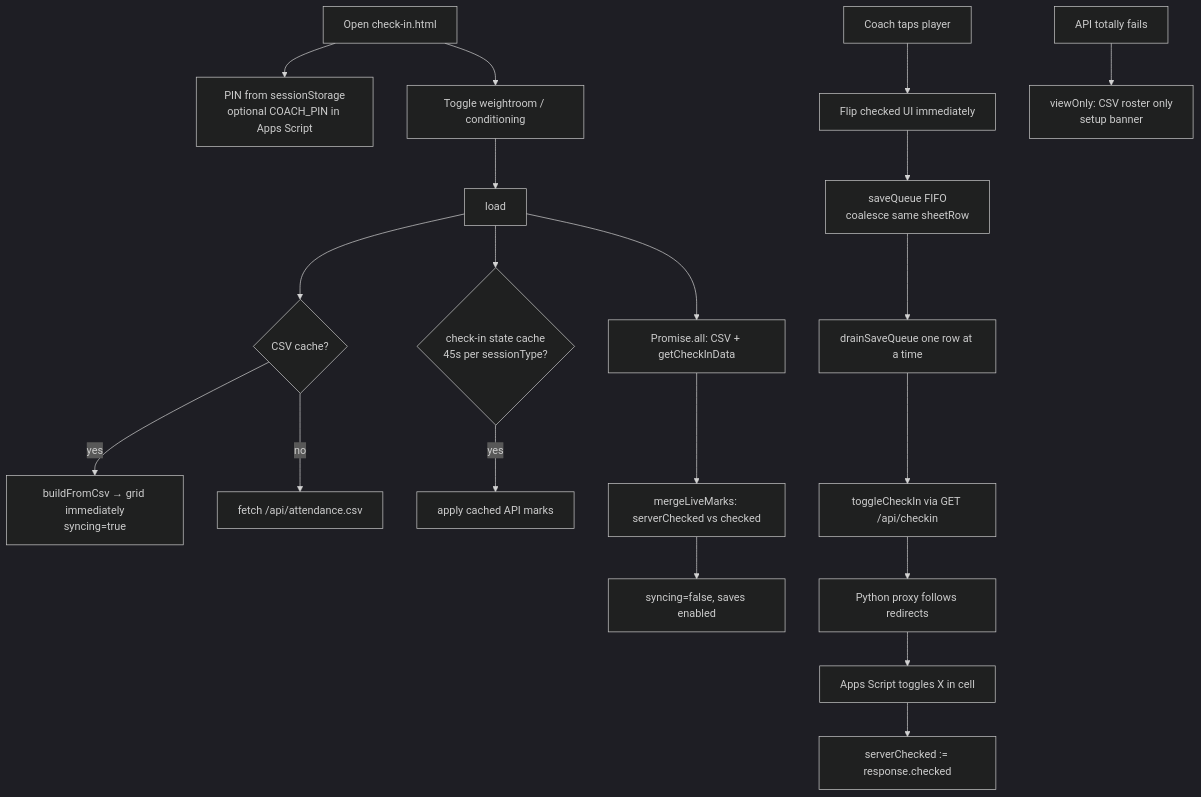
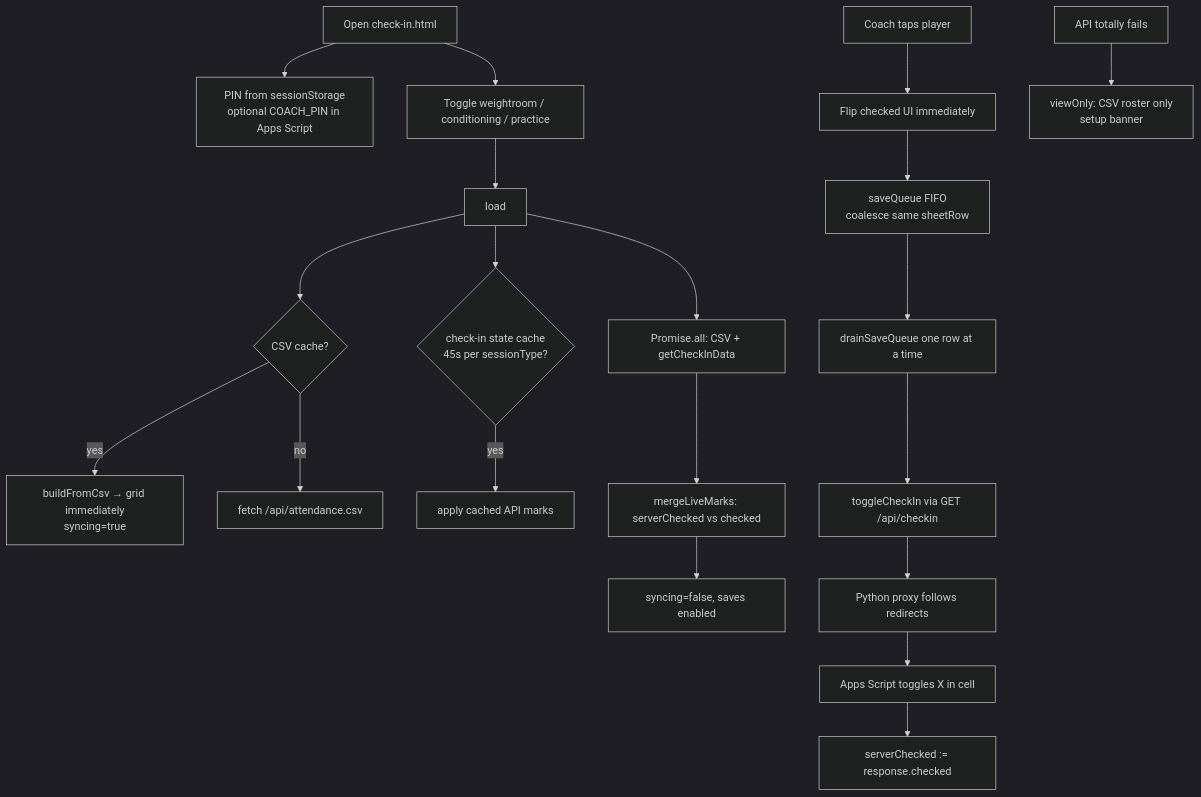
One commit to mitchelldawkinsjr/ghfb changed the first of 2 diagrams in docs/flows-coach-check-in.md. Above: the diagram before and after it, drawn with Mermaid (dark theme). The commit also changed other lines of this file and 20 other files, not shown here.

First line of the commit message:
Add live practice schedule timeline with coach timer and announcements.

````diff
--- a/docs/flows-coach-check-in.md
+++ b/docs/flows-coach-check-in.md
@@ -10,27 +10,27 @@
 ```mermaid
 flowchart TD
   start[Open check-in.html] --> pin[PIN from sessionStorage<br/>optional COACH_PIN in Apps Script]
-  start --> seg[Toggle weightroom / conditioning]
+  start --> seg[Toggle weightroom / conditioning / practice]
   seg --> load[load]
 
   load --> csvCache{CSV cache?}
   csvCache -->|yes| instant[buildFromCsv → grid immediately<br/>syncing=true]
   csvCache -->|no| fetchCsv[fetch /api/attendance.csv]
 
   load --> apiCache{check-in state cache<br/>45s per sessionType?}
   apiCache -->|yes| showApi[apply cached API marks]
 
   load --> parallel[Promise.all: CSV + getCheckInData]
   parallel --> merge[mergeLiveMarks: serverChecked vs checked]
   merge --> done[syncing=false, saves enabled]
 
   tap[Coach taps player] --> opt[Flip checked UI immediately]
   opt --> enqueue[saveQueue FIFO<br/>coalesce same sheetRow]
   enqueue --> drain[drainSaveQueue one row at a time]
   drain --> api[toggleCheckIn via GET /api/checkin]
   api --> proxy[Python proxy follows redirects]
   proxy --> gas[Apps Script toggles X in cell]
   gas --> align[serverChecked := response.checked]
 
   fail[API totally fails] --> viewOnly[viewOnly: CSV roster only<br/>setup banner]
 ```
````
